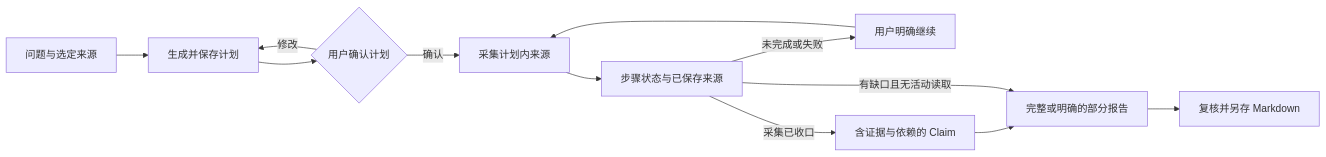
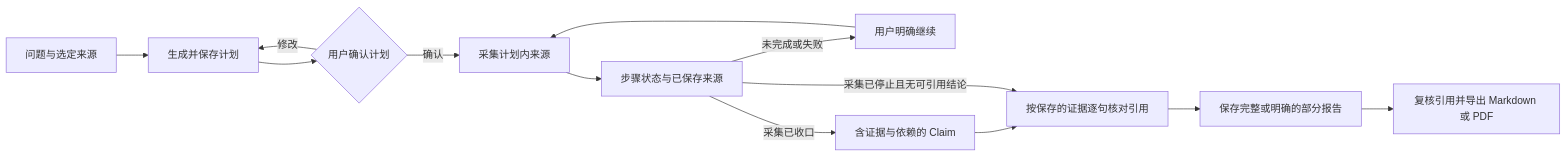
One commit to ChaoDiDiaoAA/Flowmate changed the first of 2 diagrams in docs/public/workflows.zh-CN.md. Above: the diagram before and after it, drawn with Mermaid. The commit also changed other lines of this file and 46 other files, not shown here.

````diff
--- a/docs/public/workflows.zh-CN.md
+++ b/docs/public/workflows.zh-CN.md
@@ -21,14 +21,15 @@
 ```mermaid
 flowchart LR
   Input[问题与选定来源] --> Plan[生成并保存计划]
   Plan --> Confirm{用户确认计划}
   Confirm -->|修改| Plan
   Confirm -->|确认| Read[采集计划内来源]
   Read --> Evidence[步骤状态与已保存来源]
   Evidence -->|未完成或失败| Continue[用户明确继续]
   Continue --> Read
   Evidence -->|采集已收口| Claims[含证据与依赖的 Claim]
-  Claims --> Report[完整或明确的部分报告]
-  Evidence -->|有缺口且无活动读取| Report
-  Report --> Review[复核并另存 Markdown]
+  Claims --> Check[按保存的证据逐句核对引用]
+  Evidence -->|采集已停止且无可引用结论| Check
+  Check --> Report[保存完整或明确的部分报告]
+  Report --> Review[复核引用并导出 Markdown 或 PDF]
 ```
````
